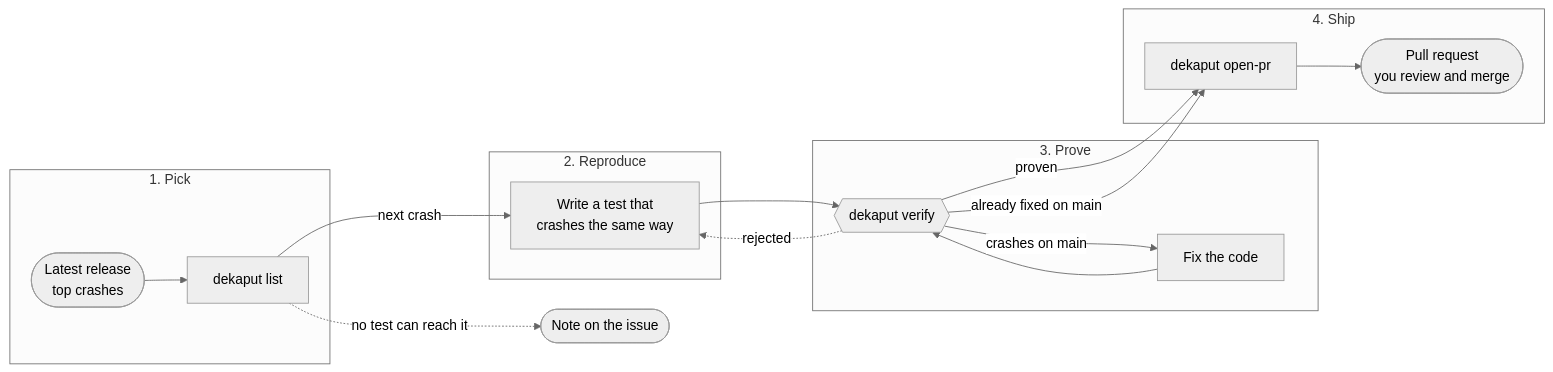
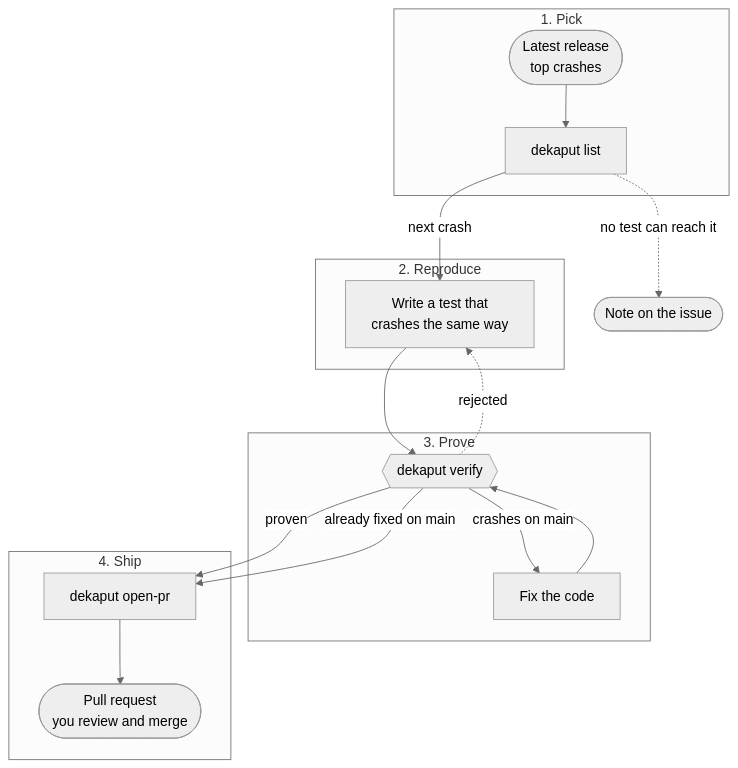
One commit to vaazh-studios/de-kaput changed the diagram in README.md. Above: the diagram before and after it, drawn with Mermaid (neutral theme).

Commit message:
docs: stack the diagram's stages so it stays readable

````diff
--- a/README.md
+++ b/README.md
@@ -11,24 +11,24 @@
 ```mermaid
-flowchart LR
+flowchart TB
     subgraph pick ["1. Pick"]
         A([Latest release<br/>top crashes]) --> B[dekaput list]
     end
     subgraph repro ["2. Reproduce"]
         C[Write a test that<br/>crashes the same way]
     end
     subgraph prove ["3. Prove"]
         D{{dekaput verify}}
         E[Fix the code]
     end
     subgraph ship ["4. Ship"]
         F[dekaput open-pr] --> G([Pull request<br/>you review and merge])
     end
     B -->|next crash| C
     B -.->|no test can reach it| N([Note on the issue])
     C --> D
     D -->|crashes on main| E
     E --> D
     D -->|proven| F
     D -->|already fixed on main| F
     D -.->|rejected| C
 ```
````
